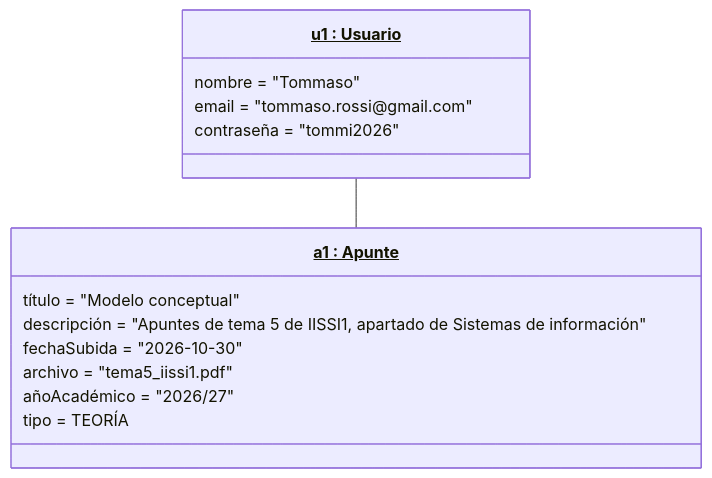
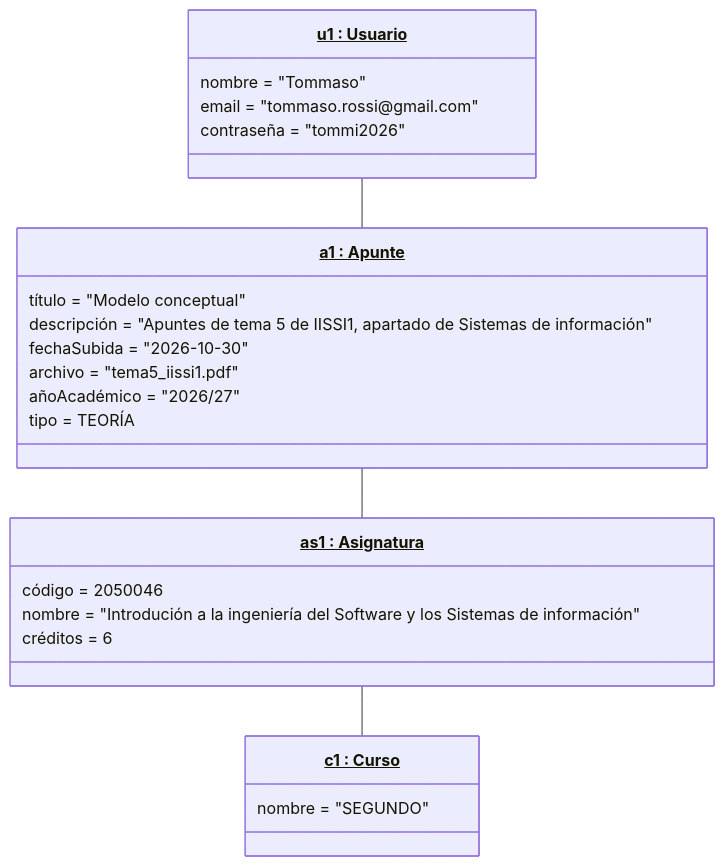
One commit to JaavierBC/proyecto-curso-iissi1-2026-GWQ0807 changed the first of 2 diagrams in README.md. Above: the diagram before and after it, drawn with Mermaid.

Commit message:
Update README with new class definitions
Added classes for 'Asignatura' and 'Curso' in the README.

````diff
--- a/README.md
+++ b/README.md
@@ -349,17 +349,27 @@
 ```mermaid
 classDiagram
     class u1["<u>u1 : Usuario</u>"]{
         nombre = "Tommaso"
         email = "tommaso.rossi@gmail.com"
         contraseña = "tommi2026"
     }
     class a1["<u>a1 : Apunte</u>"]{
         título = "Modelo conceptual"
         descripción = "Apuntes de tema 5 de IISSI1, apartado de Sistemas de información"
         fechaSubida = "2026-10-30"
         archivo = "tema5_iissi1.pdf"
         añoAcadémico = "2026/27"
         tipo = TEORÍA 
     }
+    class as1["<u>as1 : Asignatura</u>"]{
+        código = 2050046
+        nombre = "Introdución a la ingeniería del Software y los Sistemas de información"
+        créditos = 6
+    }
+    class c1["<u>c1 : Curso</u>"]{
+        nombre = "SEGUNDO"
+    }
     u1 -- a1
+    a1 -- as1
+    as1 -- c1
 ```
````
